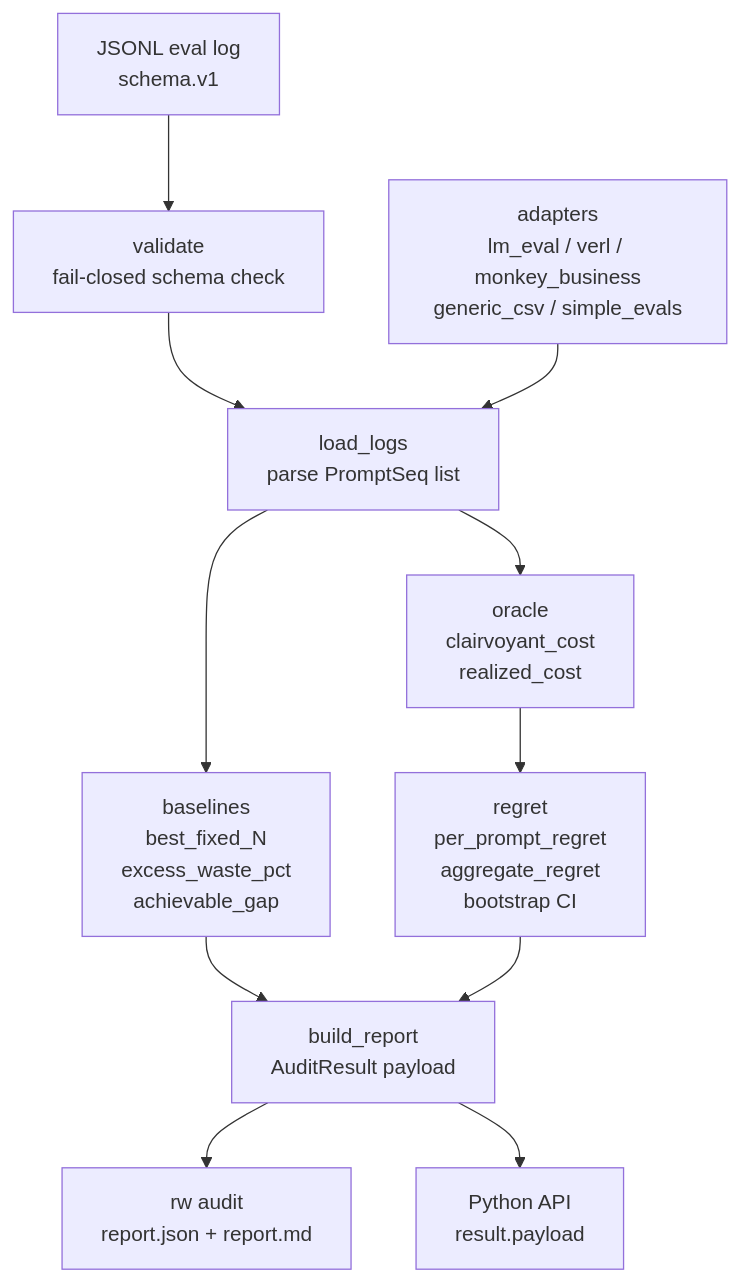
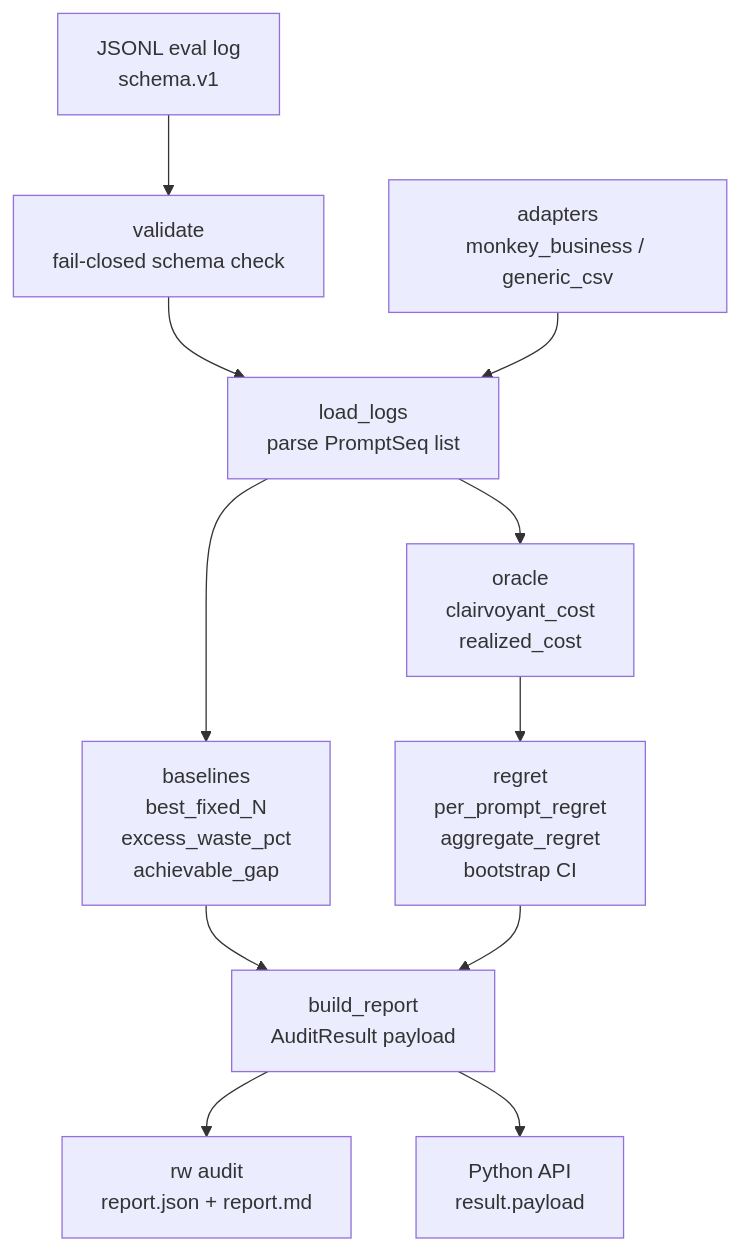
The diagram in README.md (hinanohart/regretwatch), drawn with Mermaid before and after one commit. The commit also changed other lines of this file, not shown here.

````diff
--- a/README.md
+++ b/README.md
@@ -23,13 +23,13 @@
 ```mermaid
 flowchart TD
     logs[JSONL eval log<br>schema.v1] --> validate[validate<br>fail-closed schema check]
     validate --> load[load_logs<br>parse PromptSeq list]
     load --> oracle[oracle<br>clairvoyant_cost<br>realized_cost]
     load --> baselines[baselines<br>best_fixed_N<br>excess_waste_pct<br>achievable_gap]
     oracle --> regret[regret<br>per_prompt_regret<br>aggregate_regret<br>bootstrap CI]
     baselines --> report[build_report<br>AuditResult payload]
     regret --> report
     report --> cli_out[rw audit<br>report.json + report.md]
     report --> py_out[Python API<br>result.payload]
-    adapters[adapters<br>lm_eval / verl / monkey_business<br>generic_csv / simple_evals] --> load
+    adapters[adapters<br>monkey_business / generic_csv] --> load
 ```
````
